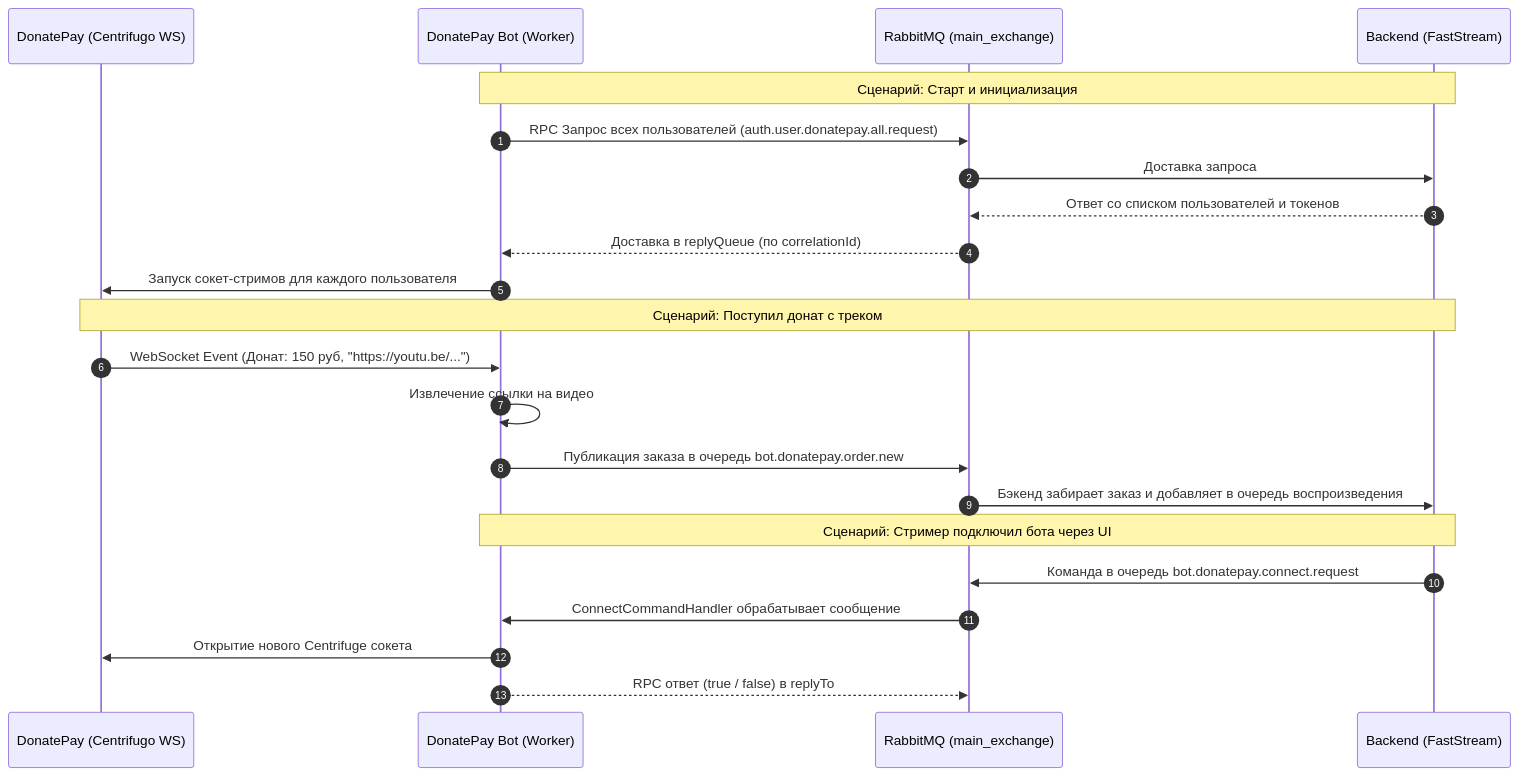
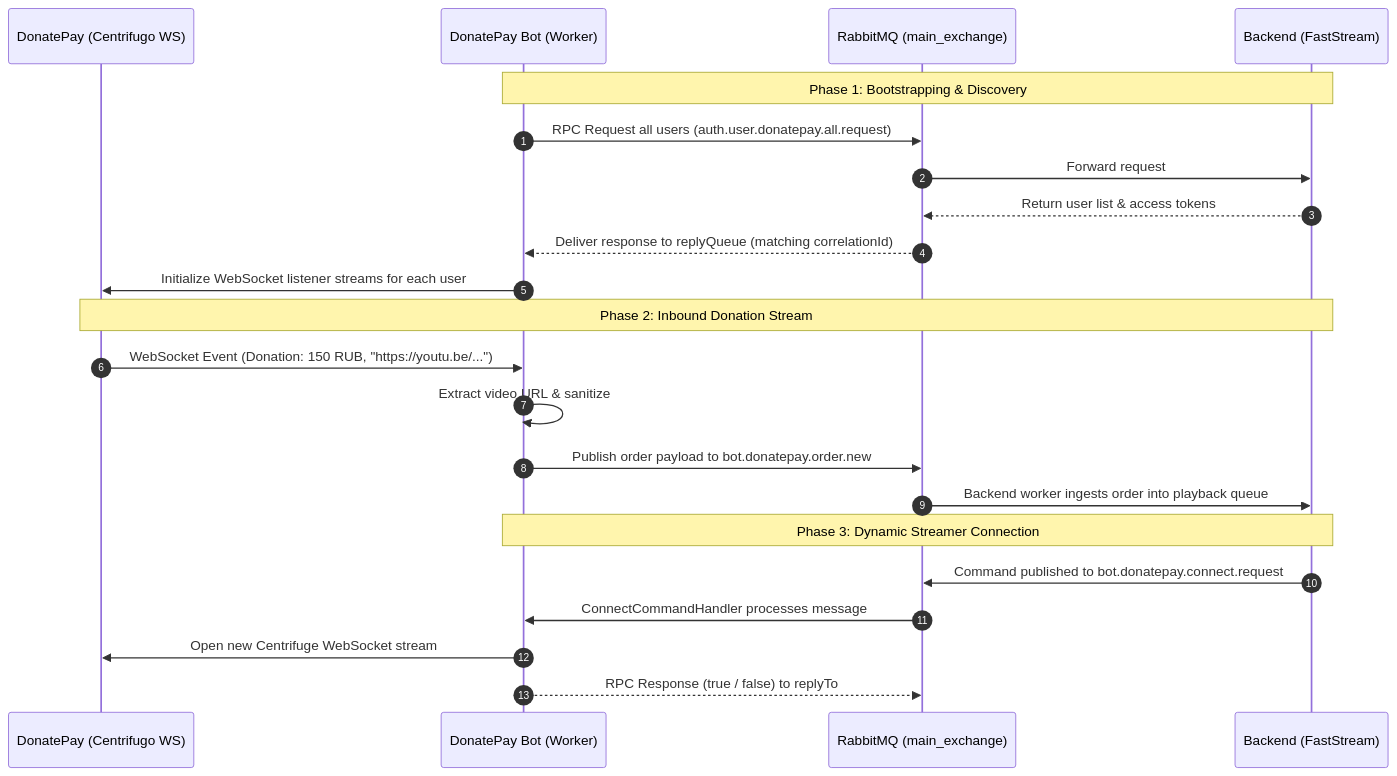
Before and after one commit to DustGalaxy/openplaylist-mono: the first of 2 diagrams in docs/bots/bot_donatepay/messaging_guide.md, drawn with Mermaid. The commit also changed other lines of this file and 21 other files, not shown here.

Commit message:
docs: translate technical architecture and component guides to English

````diff
--- a/docs/bots/bot_donatepay/messaging_guide.md
+++ b/docs/bots/bot_donatepay/messaging_guide.md
@@ -44,27 +44,27 @@
 ```mermaid
 sequenceDiagram
     autonumber
     participant D as DonatePay (Centrifugo WS)
     participant B as DonatePay Bot (Worker)
     participant R as RabbitMQ (main_exchange)
     participant BE as Backend (FastStream)
 
-    Note over B,BE: Сценарий: Старт и инициализация
-    B->>R: RPC Запрос всех пользователей (auth.user.donatepay.all.request)
-    R->>BE: Доставка запроса
-    BE-->>R: Ответ со списком пользователей и токенов
-    R-->>B: Доставка в replyQueue (по correlationId)
-    B->>D: Запуск сокет-стримов для каждого пользователя
+    Note over B,BE: Phase 1: Bootstrapping & Discovery
+    B->>R: RPC Request all users (auth.user.donatepay.all.request)
+    R->>BE: Forward request
+    BE-->>R: Return user list & access tokens
+    R-->>B: Deliver response to replyQueue (matching correlationId)
+    B->>D: Initialize WebSocket listener streams for each user
 
-    Note over D,BE: Сценарий: Поступил донат с треком
-    D->>B: WebSocket Event (Донат: 150 руб, "https://youtu.be/...")
-    B->>B: Извлечение ссылки на видео
-    B->>R: Публикация заказа в очередь bot.donatepay.order.new
-    R->>BE: Бэкенд забирает заказ и добавляет в очередь воспроизведения
+    Note over D,BE: Phase 2: Inbound Donation Stream
+    D->>B: WebSocket Event (Donation: 150 RUB, "https://youtu.be/...")
+    B->>B: Extract video URL & sanitize
+    B->>R: Publish order payload to bot.donatepay.order.new
+    R->>BE: Backend worker ingests order into playback queue
 
-    Note over BE,B: Сценарий: Стример подключил бота через UI
-    BE->>R: Команда в очередь bot.donatepay.connect.request
-    R->>B: ConnectCommandHandler обрабатывает сообщение
-    B->>D: Открытие нового Centrifuge сокета
-    B-->>R: RPC ответ (true / false) в replyTo
+    Note over BE,B: Phase 3: Dynamic Streamer Connection
+    BE->>R: Command published to bot.donatepay.connect.request
+    R->>B: ConnectCommandHandler processes message
+    B->>D: Open new Centrifuge WebSocket stream
+    B-->>R: RPC Response (true / false) to replyTo
 ```
````
